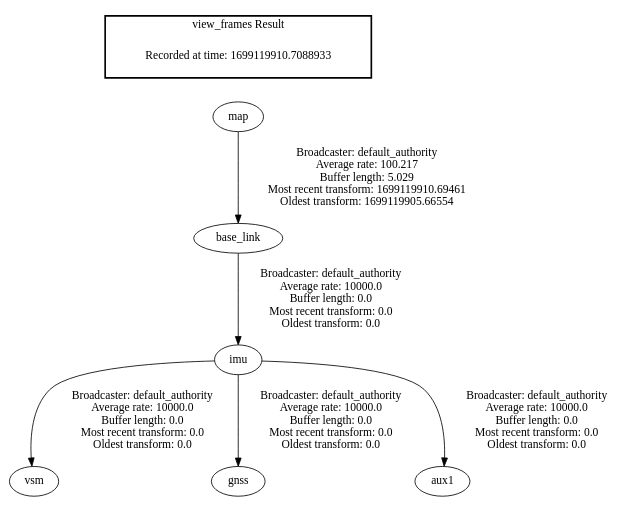
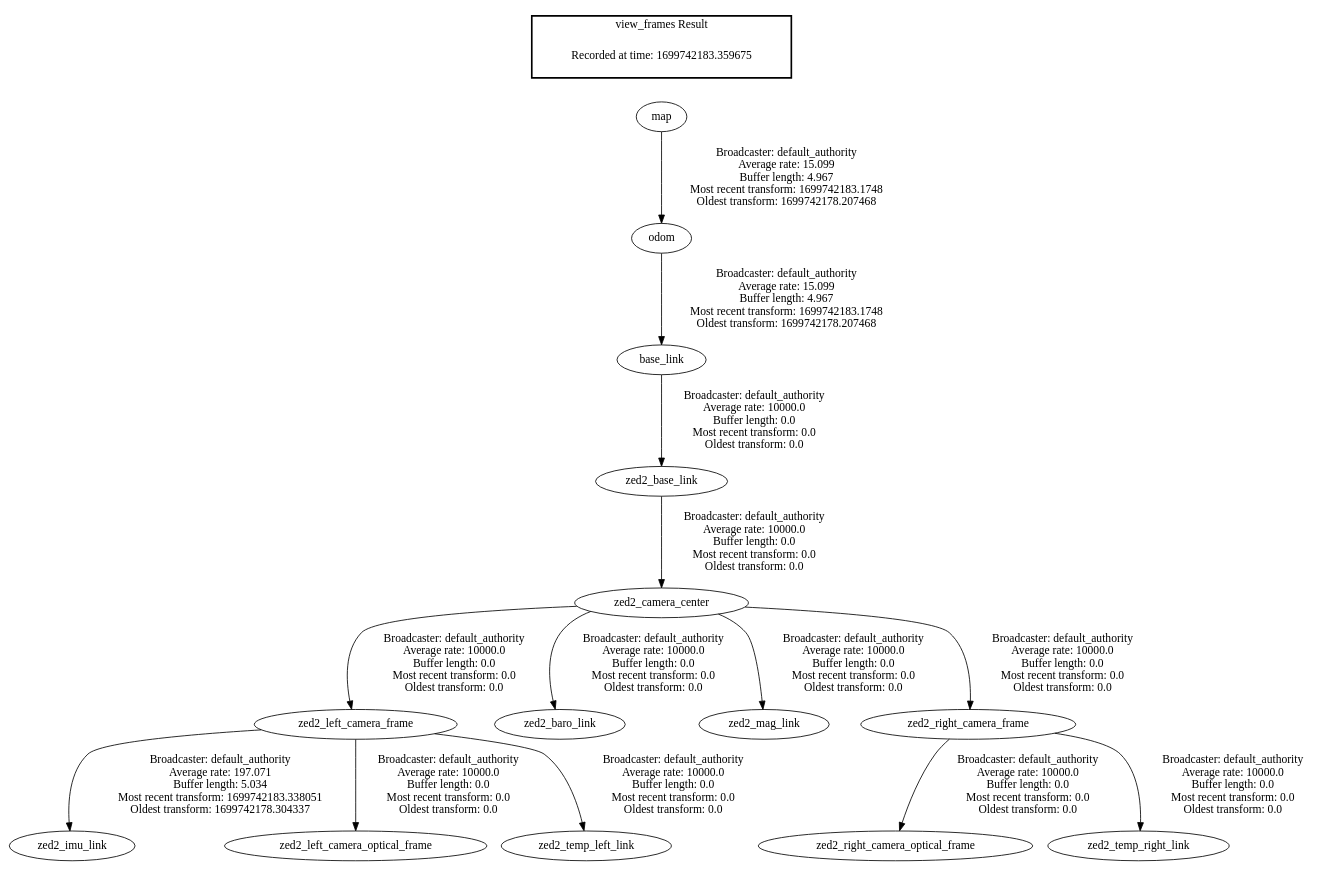
Before and after one commit to EnchengLiu/ROAR-GoKart_SensorFusion: the diagram in src/frames.gv, drawn with Graphviz. The commit also changed 5059 other files, not shown here.

```diff
--- a/src/frames.gv
+++ b/src/frames.gv
@@ -1,11 +1,19 @@
 digraph G {
-"imu" -> "vsm"[label=" Broadcaster: default_authority\nAverage rate: 10000.0\nBuffer length: 0.0\nMost recent transform: 0.0\nOldest transform: 0.0\n"];
-"base_link" -> "imu"[label=" Broadcaster: default_authority\nAverage rate: 10000.0\nBuffer length: 0.0\nMost recent transform: 0.0\nOldest transform: 0.0\n"];
-"imu" -> "gnss"[label=" Broadcaster: default_authority\nAverage rate: 10000.0\nBuffer length: 0.0\nMost recent transform: 0.0\nOldest transform: 0.0\n"];
-"imu" -> "aux1"[label=" Broadcaster: default_authority\nAverage rate: 10000.0\nBuffer length: 0.0\nMost recent transform: 0.0\nOldest transform: 0.0\n"];
-"map" -> "base_link"[label=" Broadcaster: default_authority\nAverage rate: 100.217\nBuffer length: 5.029\nMost recent transform: 1699119910.69461\nOldest transform: 1699119905.66554\n"];
+"zed2_left_camera_frame" -> "zed2_imu_link"[label=" Broadcaster: default_authority\nAverage rate: 197.071\nBuffer length: 5.034\nMost recent transform: 1699742183.338051\nOldest transform: 1699742178.304337\n"];
+"zed2_camera_center" -> "zed2_left_camera_frame"[label=" Broadcaster: default_authority\nAverage rate: 10000.0\nBuffer length: 0.0\nMost recent transform: 0.0\nOldest transform: 0.0\n"];
+"zed2_camera_center" -> "zed2_baro_link"[label=" Broadcaster: default_authority\nAverage rate: 10000.0\nBuffer length: 0.0\nMost recent transform: 0.0\nOldest transform: 0.0\n"];
+"zed2_base_link" -> "zed2_camera_center"[label=" Broadcaster: default_authority\nAverage rate: 10000.0\nBuffer length: 0.0\nMost recent transform: 0.0\nOldest transform: 0.0\n"];
+"base_link" -> "zed2_base_link"[label=" Broadcaster: default_authority\nAverage rate: 10000.0\nBuffer length: 0.0\nMost recent transform: 0.0\nOldest transform: 0.0\n"];
+"odom" -> "base_link"[label=" Broadcaster: default_authority\nAverage rate: 15.099\nBuffer length: 4.967\nMost recent transform: 1699742183.1748\nOldest transform: 1699742178.207468\n"];
+"zed2_left_camera_frame" -> "zed2_left_camera_optical_frame"[label=" Broadcaster: default_authority\nAverage rate: 10000.0\nBuffer length: 0.0\nMost recent transform: 0.0\nOldest transform: 0.0\n"];
+"zed2_camera_center" -> "zed2_mag_link"[label=" Broadcaster: default_authority\nAverage rate: 10000.0\nBuffer length: 0.0\nMost recent transform: 0.0\nOldest transform: 0.0\n"];
+"zed2_camera_center" -> "zed2_right_camera_frame"[label=" Broadcaster: default_authority\nAverage rate: 10000.0\nBuffer length: 0.0\nMost recent transform: 0.0\nOldest transform: 0.0\n"];
+"zed2_right_camera_frame" -> "zed2_right_camera_optical_frame"[label=" Broadcaster: default_authority\nAverage rate: 10000.0\nBuffer length: 0.0\nMost recent transform: 0.0\nOldest transform: 0.0\n"];
+"zed2_left_camera_frame" -> "zed2_temp_left_link"[label=" Broadcaster: default_authority\nAverage rate: 10000.0\nBuffer length: 0.0\nMost recent transform: 0.0\nOldest transform: 0.0\n"];
+"zed2_right_camera_frame" -> "zed2_temp_right_link"[label=" Broadcaster: default_authority\nAverage rate: 10000.0\nBuffer length: 0.0\nMost recent transform: 0.0\nOldest transform: 0.0\n"];
+"map" -> "odom"[label=" Broadcaster: default_authority\nAverage rate: 15.099\nBuffer length: 4.967\nMost recent transform: 1699742183.1748\nOldest transform: 1699742178.207468\n"];
 edge [style=invis];
  subgraph cluster_legend { style=bold; color=black; label ="view_frames Result";
-"Recorded at time: 1699119910.7088933"[ shape=plaintext ] ;
+"Recorded at time: 1699742183.359675"[ shape=plaintext ] ;
 }->"map";
 }
```
